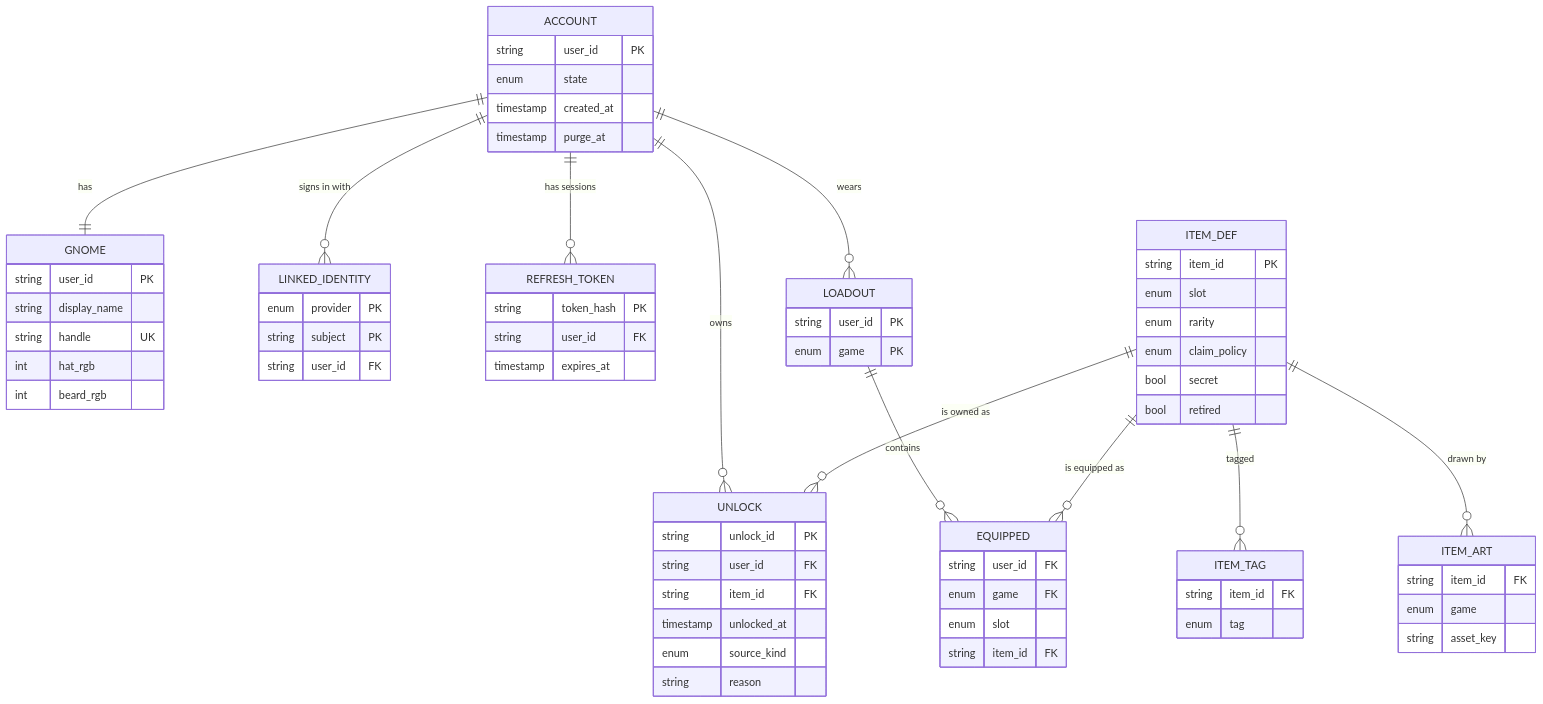
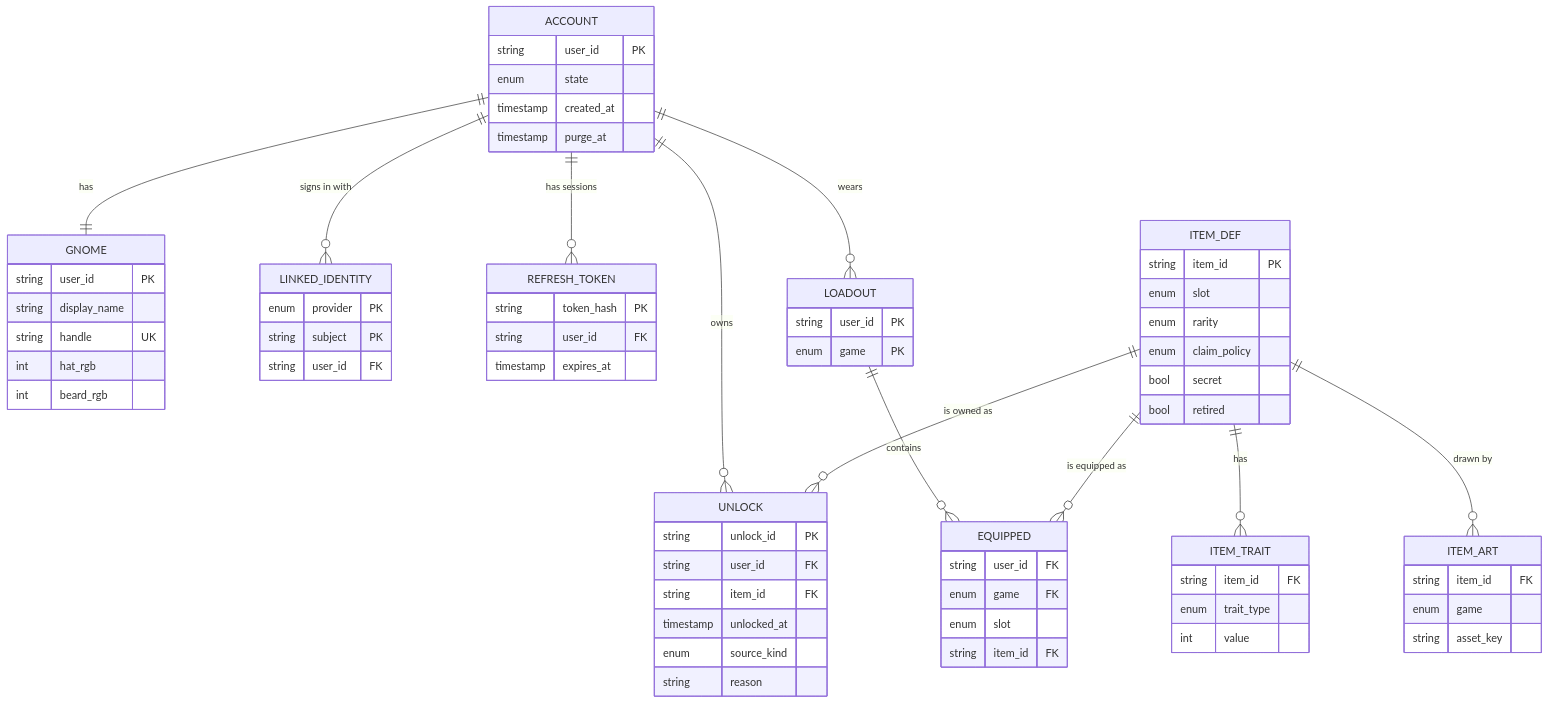
The seventh of 8 diagrams in docs/design/gnome-platform.md (QMasterMoo/lawn-gnome-panic), drawn with Mermaid before and after one commit. The commit also changed other lines of this file and 3 other files, not shown here.

First line of the commit message:
Platform protos: one enum per trait type instead of tag ranges

````diff
--- a/docs/design/gnome-platform.md
+++ b/docs/design/gnome-platform.md
@@ -309,72 +351,73 @@
 ```mermaid
 erDiagram
   ACCOUNT ||--|| GNOME : has
   ACCOUNT ||--o{ LINKED_IDENTITY : "signs in with"
   ACCOUNT ||--o{ REFRESH_TOKEN : "has sessions"
   ACCOUNT ||--o{ UNLOCK : owns
   ITEM_DEF ||--o{ UNLOCK : "is owned as"
   ACCOUNT ||--o{ LOADOUT : wears
   LOADOUT ||--o{ EQUIPPED : contains
   ITEM_DEF ||--o{ EQUIPPED : "is equipped as"
-  ITEM_DEF ||--o{ ITEM_TAG : tagged
+  ITEM_DEF ||--o{ ITEM_TRAIT : has
   ITEM_DEF ||--o{ ITEM_ART : "drawn by"
 
   ACCOUNT {
     string user_id PK
     enum state
     timestamp created_at
     timestamp purge_at
   }
   GNOME {
     string user_id PK
     string display_name
     string handle UK
     int hat_rgb
     int beard_rgb
   }
   LINKED_IDENTITY {
     enum provider PK
     string subject PK
     string user_id FK
   }
   REFRESH_TOKEN {
     string token_hash PK
     string user_id FK
     timestamp expires_at
   }
   ITEM_DEF {
     string item_id PK
     enum slot
     enum rarity
     enum claim_policy
     bool secret
     bool retired
   }
-  ITEM_TAG {
+  ITEM_TRAIT {
     string item_id FK
-    enum tag
+    enum trait_type
+    int value
   }
   ITEM_ART {
     string item_id FK
     enum game
     string asset_key
   }
   UNLOCK {
     string unlock_id PK
     string user_id FK
     string item_id FK
     timestamp unlocked_at
     enum source_kind
     string reason
   }
   LOADOUT {
     string user_id PK
     enum game PK
   }
   EQUIPPED {
     string user_id FK
     enum game FK
     enum slot
     string item_id FK
   }
 ```
````
